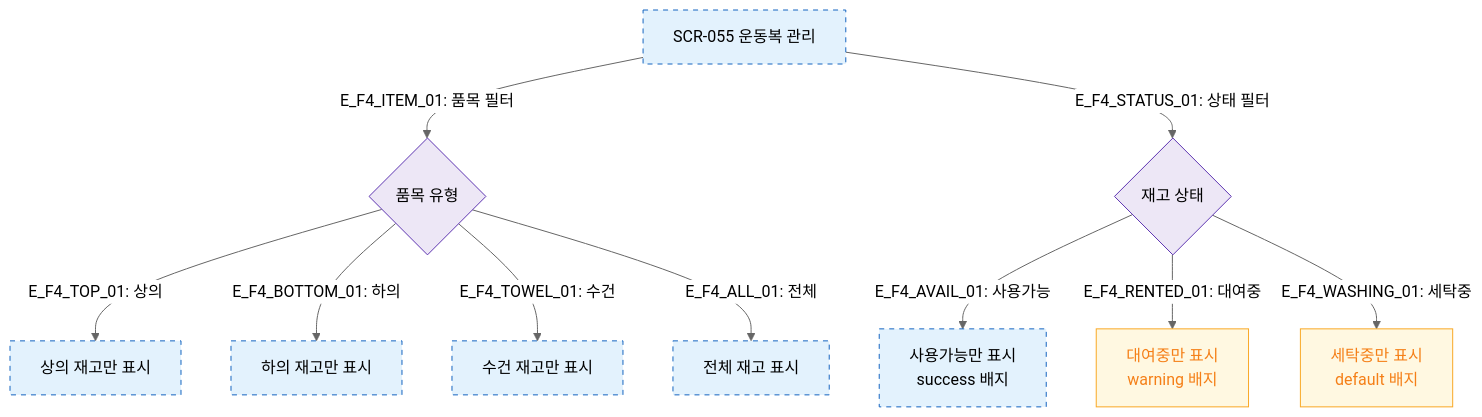
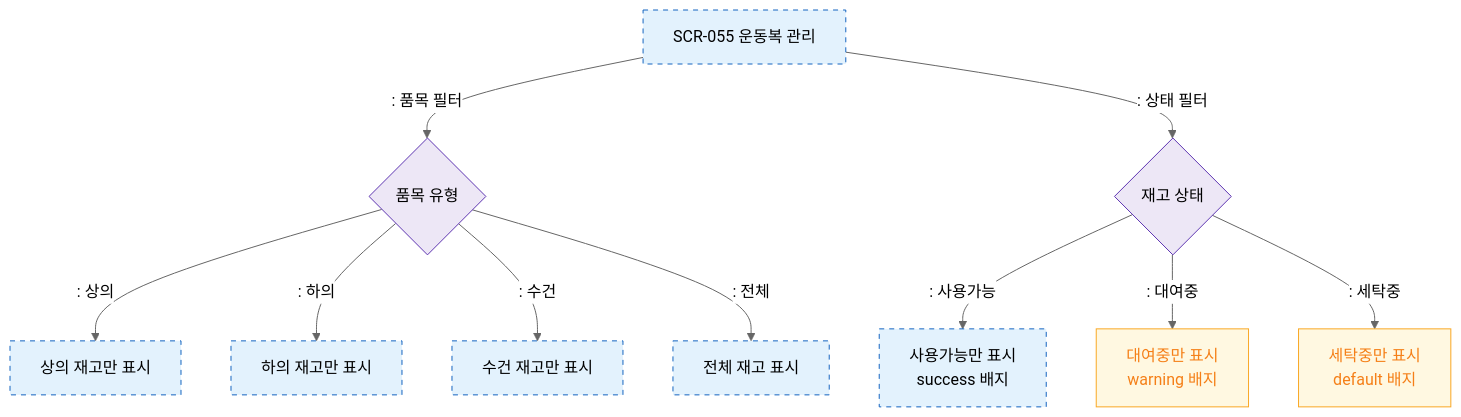
The diagram in docs/다이어그램/D06_시설관리/SCR-055_운동복관리/F4_필터검색.md (dev-spogym/admin-pando), drawn with Mermaid (neutral theme) before and after one commit. The commit also changed other lines of this file and 1660 other files, not shown here.

First line of the commit message:
다이어그램: 기획자/클라이언트 납품본으로 정리

````diff
--- a/docs/다이어그램/D06_시설관리/SCR-055_운동복관리/F4_필터검색.md
+++ b/docs/다이어그램/D06_시설관리/SCR-055_운동복관리/F4_필터검색.md
@@ -16,22 +14,22 @@
 ```mermaid
 flowchart TD
     SCR_055[SCR-055 운동복 관리]
 
-    SCR_055 -->|"E_F4_ITEM_01: 품목 필터"| ItemFilter{품목 유형}
-    ItemFilter -->|"E_F4_TOP_01: 상의"| TopList[상의 재고만 표시]
-    ItemFilter -->|"E_F4_BOTTOM_01: 하의"| BottomList[하의 재고만 표시]
-    ItemFilter -->|"E_F4_TOWEL_01: 수건"| TowelList[수건 재고만 표시]
-    ItemFilter -->|"E_F4_ALL_01: 전체"| AllList[전체 재고 표시]
+    SCR_055 -->|": 품목 필터"|ItemFilter{품목 유형}
+    ItemFilter -->|": 상의"|TopList[상의 재고만 표시]
+    ItemFilter -->|": 하의"|BottomList[하의 재고만 표시]
+    ItemFilter -->|": 수건"|TowelList[수건 재고만 표시]
+    ItemFilter -->|": 전체"|AllList[전체 재고 표시]
 
-    SCR_055 -->|"E_F4_STATUS_01: 상태 필터"| StatusFilter{재고 상태}
-    StatusFilter -->|"E_F4_AVAIL_01: 사용가능"| AvailList[사용가능만 표시\nsuccess 배지]
-    StatusFilter -->|"E_F4_RENTED_01: 대여중"| RentedList[대여중만 표시\nwarning 배지]
-    StatusFilter -->|"E_F4_WASHING_01: 세탁중"| WashList[세탁중만 표시\ndefault 배지]
+    SCR_055 -->|": 상태 필터"|StatusFilter{재고 상태}
+    StatusFilter -->|": 사용가능"|AvailList[사용가능만 표시\nsuccess 배지]
+    StatusFilter -->|": 대여중"|RentedList[대여중만 표시\nwarning 배지]
+    StatusFilter -->|": 세탁중"|WashList[세탁중만 표시\ndefault 배지]
 
     classDef screen fill:#E3F2FD,stroke:#1565C0,stroke-dasharray:5 5
     classDef warning fill:#FFF8E1,stroke:#F9A825,color:#F57F17
     classDef system fill:#EDE7F6,stroke:#5E35B2
     class SCR_055,TopList,BottomList,TowelList,AllList,AvailList screen
     class RentedList,WashList warning
     class ItemFilter,StatusFilter system
 ```
````
